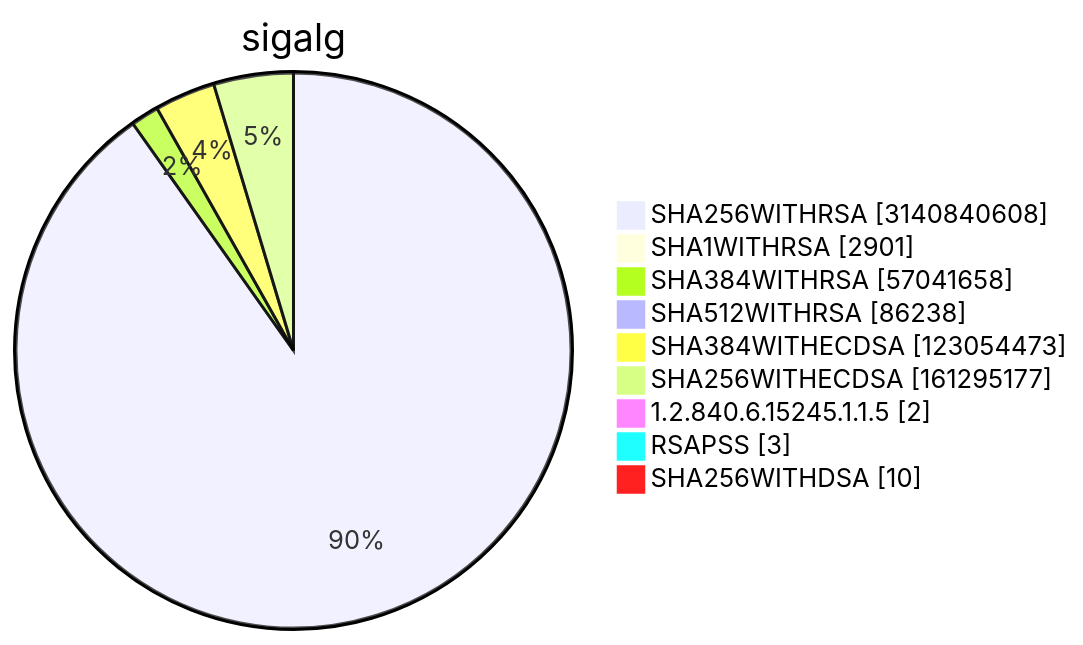
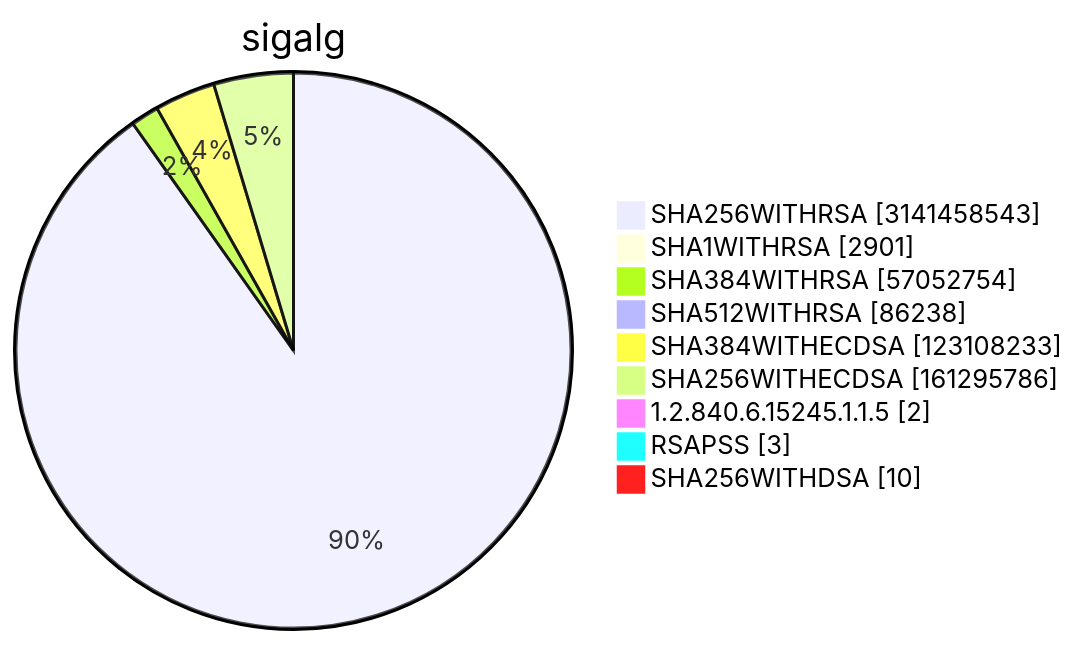
Before and after one commit to christiankrug/ctmonitor_visualization: diagram 15 of 15 in TOTAL/README.md, drawn with Mermaid. The commit also changed other lines of this file, not shown here.

````diff
--- a/TOTAL/README.md
+++ b/TOTAL/README.md
@@ -6213,13 +6213,13 @@
 ```mermaid
 pie showData
 title sigalg
-"SHA256WITHRSA" :3140840608
+"SHA256WITHRSA" :3141458543
 "SHA1WITHRSA" :2901
-"SHA384WITHRSA" :57041658
+"SHA384WITHRSA" :57052754
 "SHA512WITHRSA" :86238
-"SHA384WITHECDSA" :123054473
-"SHA256WITHECDSA" :161295177
+"SHA384WITHECDSA" :123108233
+"SHA256WITHECDSA" :161295786
 "1.2.840.6.15245.1.1.5" :2
 "RSAPSS" :3
 "SHA256WITHDSA" :10
 ```
````
